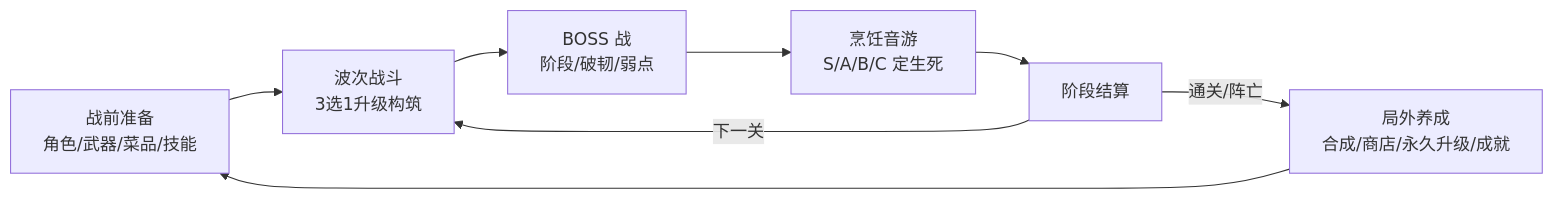
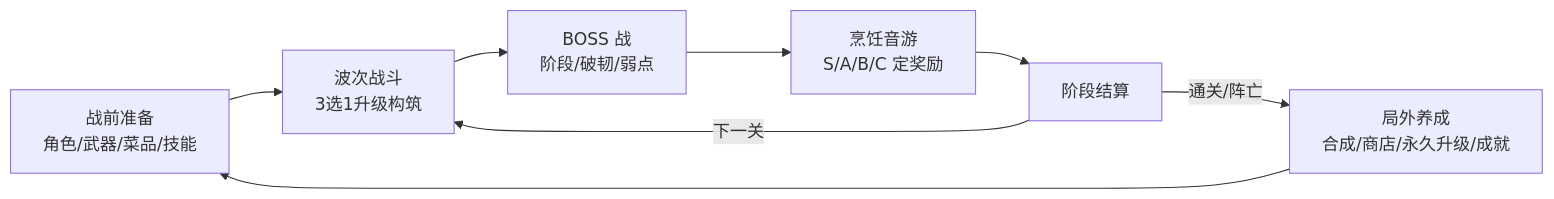
Before and after one commit to YeYudz/GrabTheIngredients: the first of 3 diagrams in README.md, drawn with Mermaid.

````diff
--- a/README.md
+++ b/README.md
@@ -14,10 +14,10 @@
 ```mermaid
 flowchart LR
     A[战前准备<br/>角色/武器/菜品/技能] --> B[波次战斗<br/>3选1升级构筑]
     B --> C[BOSS 战<br/>阶段/破韧/弱点]
-    C --> D[烹饪音游<br/>S/A/B/C 定生死]
+    C --> D[烹饪音游<br/>S/A/B/C 定奖励]
     D --> E[阶段结算]
     E -->|下一关| B
     E -->|通关/阵亡| F[局外养成<br/>合成/商店/永久升级/成就]
     F --> A
 ```
````
